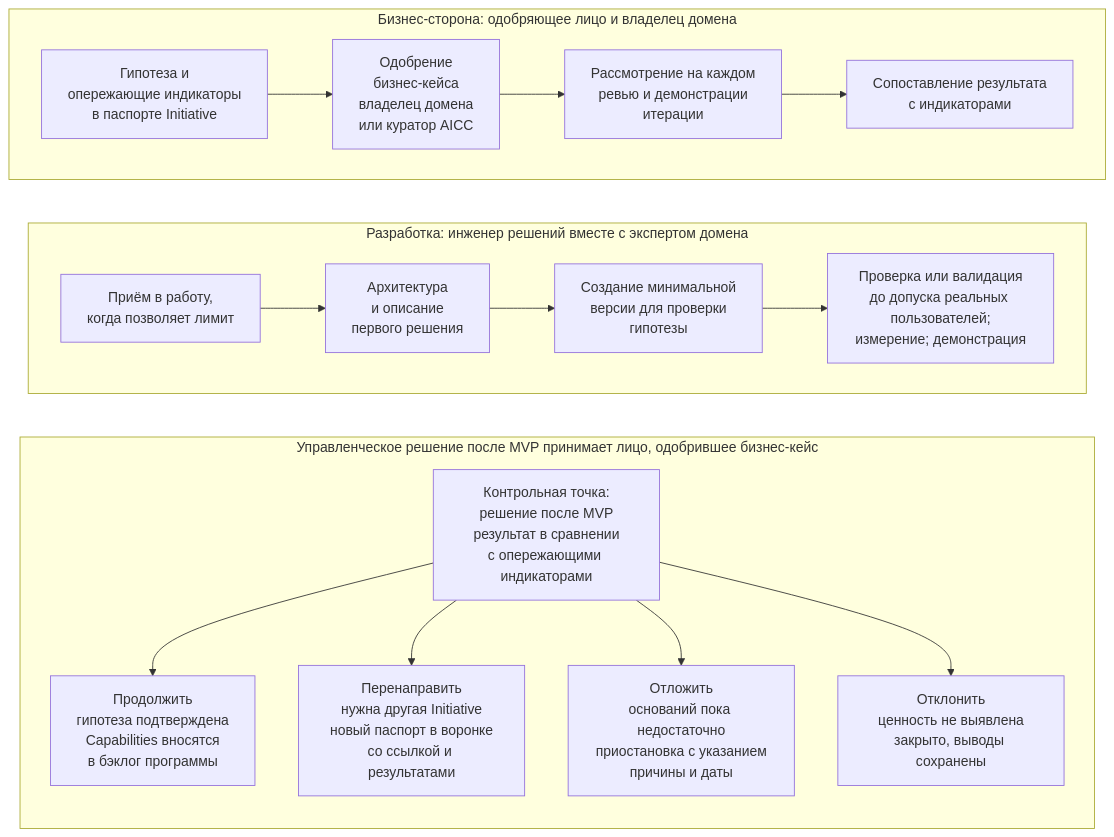
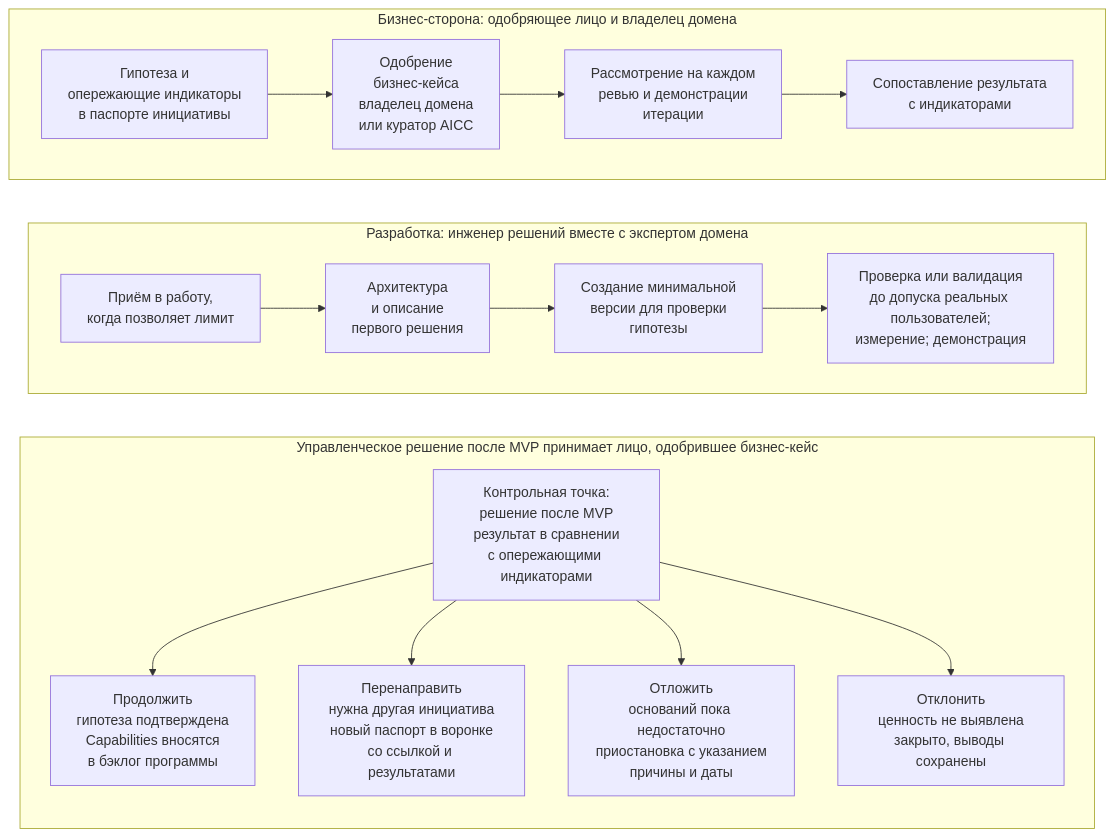
One commit to devhogu/ob-aicc changed the diagram in portal/content/ru/portfolio/the-business-case-and-the-mvp.md. Above: the diagram before and after it, drawn with Mermaid. The commit also changed other lines of this file and 150 other files, not shown here.

````diff
--- a/portal/content/ru/portfolio/the-business-case-and-the-mvp.md
+++ b/portal/content/ru/portfolio/the-business-case-and-the-mvp.md
@@ -39,24 +39,24 @@
 ```mermaid
 flowchart TB
   subgraph BUS["Бизнес-сторона: одобряющее лицо и владелец домена"]
     direction LR
-    B1["Гипотеза и<br/>опережающие индикаторы<br/>в паспорте Initiative"] --> B2["Одобрение<br/>бизнес-кейса<br/>владелец домена<br/>или куратор AICC"]
+    B1["Гипотеза и<br/>опережающие индикаторы<br/>в паспорте инициативы"] --> B2["Одобрение<br/>бизнес-кейса<br/>владелец домена<br/>или куратор AICC"]
     B2 --> B3["Рассмотрение на каждом<br/>ревью и демонстрации<br/>итерации"]
     B3 --> B4["Сопоставление результата<br/>с индикаторами"]
   end
   subgraph DEV["Разработка: инженер решений вместе с экспертом домена"]
     direction LR
     D1["Приём в работу,<br/>когда позволяет лимит"] --> D2["Архитектура<br/>и описание<br/>первого решения"]
     D2 --> D3["Создание минимальной<br/>версии для проверки<br/>гипотезы"]
     D3 --> D4["Проверка или валидация<br/>до допуска реальных пользователей;<br/>измерение; демонстрация"]
   end
   subgraph DEC["Управленческое решение после MVP принимает лицо, одобрившее бизнес-кейс"]
     direction TB
     G["Контрольная точка:<br/>решение после MVP<br/>результат в сравнении<br/>с опережающими индикаторами"] --> C["Продолжить<br/>гипотеза подтверждена<br/>Capabilities вносятся<br/>в бэклог программы"]
-    G --> P["Перенаправить<br/>нужна другая Initiative<br/>новый паспорт в воронке<br/>со ссылкой и результатами"]
+    G --> P["Перенаправить<br/>нужна другая инициатива<br/>новый паспорт в воронке<br/>со ссылкой и результатами"]
     G --> F["Отложить<br/>оснований пока недостаточно<br/>приостановка с указанием<br/>причины и даты"]
     G --> R["Отклонить<br/>ценность не выявлена<br/>закрыто, выводы сохранены"]
   end
   BUS ~~~ DEV
   DEV ~~~ DEC
 ```
````
